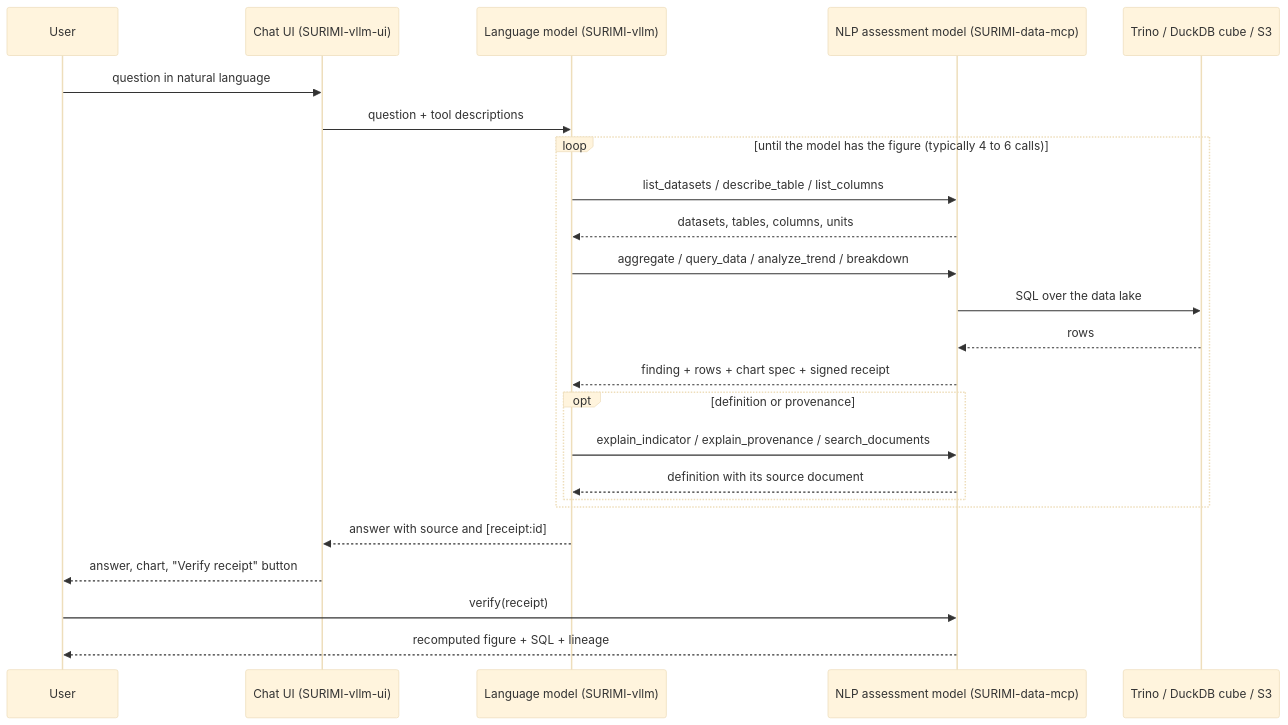
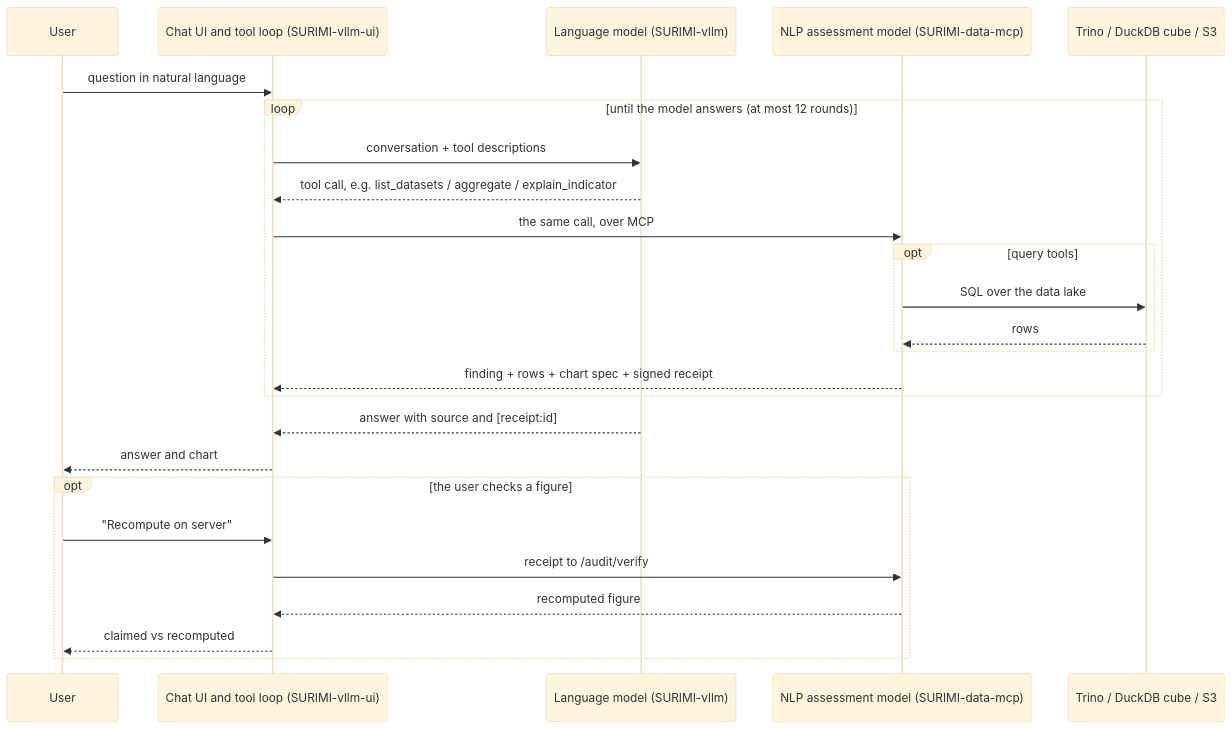
One commit to SURIMI-Project/SURIMI-project changed the diagram in deliverables/D3.7 - NLP assessment model/D3.7 - NLP assessment model.md. Above: the diagram before and after it, drawn with Mermaid (base theme). The commit also changed other lines of this file and 1 other file, not shown here.

Commit message:
D3.7 and D3.9: the chat interface runs the tool loop; only the data server recomputes a figure

````diff
--- a/deliverables/D3.7 - NLP assessment model/D3.7 - NLP assessment model.md
+++ b/deliverables/D3.7 - NLP assessment model/D3.7 - NLP assessment model.md
@@ -108,27 +108,28 @@
 ```mermaid
 sequenceDiagram
     participant User as User
-    participant UI as Chat UI (SURIMI-vllm-ui)
+    participant UI as Chat UI and tool loop (SURIMI-vllm-ui)
     participant LLM as Language model (SURIMI-vllm)
     participant DATA as NLP assessment model (SURIMI-data-mcp)
     participant STORE as Trino / DuckDB cube / S3
 
     User ->> UI: question in natural language
-    UI ->> LLM: question + tool descriptions
-    loop until the model has the figure (typically 4 to 6 calls)
-        LLM ->> DATA: list_datasets / describe_table / list_columns
-        DATA -->> LLM: datasets, tables, columns, units
-        LLM ->> DATA: aggregate / query_data / analyze_trend / breakdown
-        DATA ->> STORE: SQL over the data lake
-        STORE -->> DATA: rows
-        DATA -->> LLM: finding + rows + chart spec + signed receipt
-        opt definition or provenance
-            LLM ->> DATA: explain_indicator / explain_provenance / search_documents
-            DATA -->> LLM: definition with its source document
+    loop until the model answers (at most 12 rounds)
+        UI ->> LLM: conversation + tool descriptions
+        LLM -->> UI: tool call, e.g. list_datasets / aggregate / explain_indicator
+        UI ->> DATA: the same call, over MCP
+        opt query tools
+            DATA ->> STORE: SQL over the data lake
+            STORE -->> DATA: rows
         end
+        DATA -->> UI: finding + rows + chart spec + signed receipt
     end
     LLM -->> UI: answer with source and [receipt:id]
-    UI -->> User: answer, chart, "Verify receipt" button
-    User ->> DATA: verify(receipt)
-    DATA -->> User: recomputed figure + SQL + lineage
+    UI -->> User: answer and chart
+    opt the user checks a figure
+        User ->> UI: "Recompute on server"
+        UI ->> DATA: receipt to /audit/verify
+        DATA -->> UI: recomputed figure
+        UI -->> User: claimed vs recomputed
+    end
 ```
````
